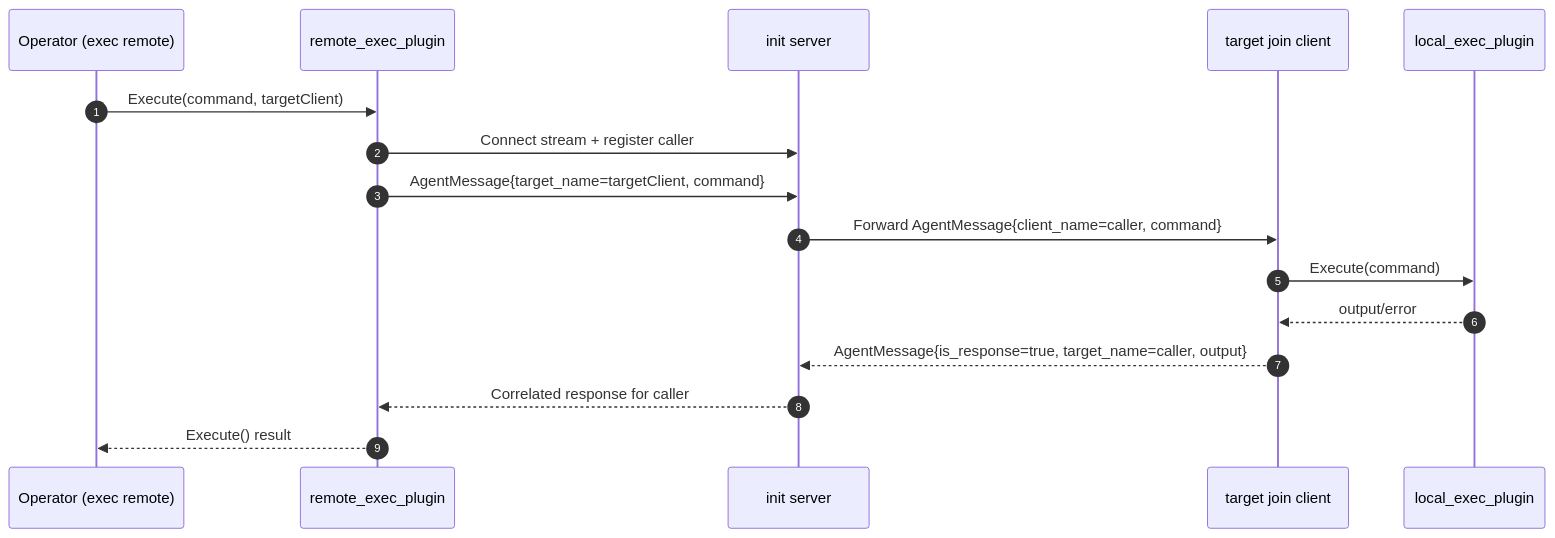
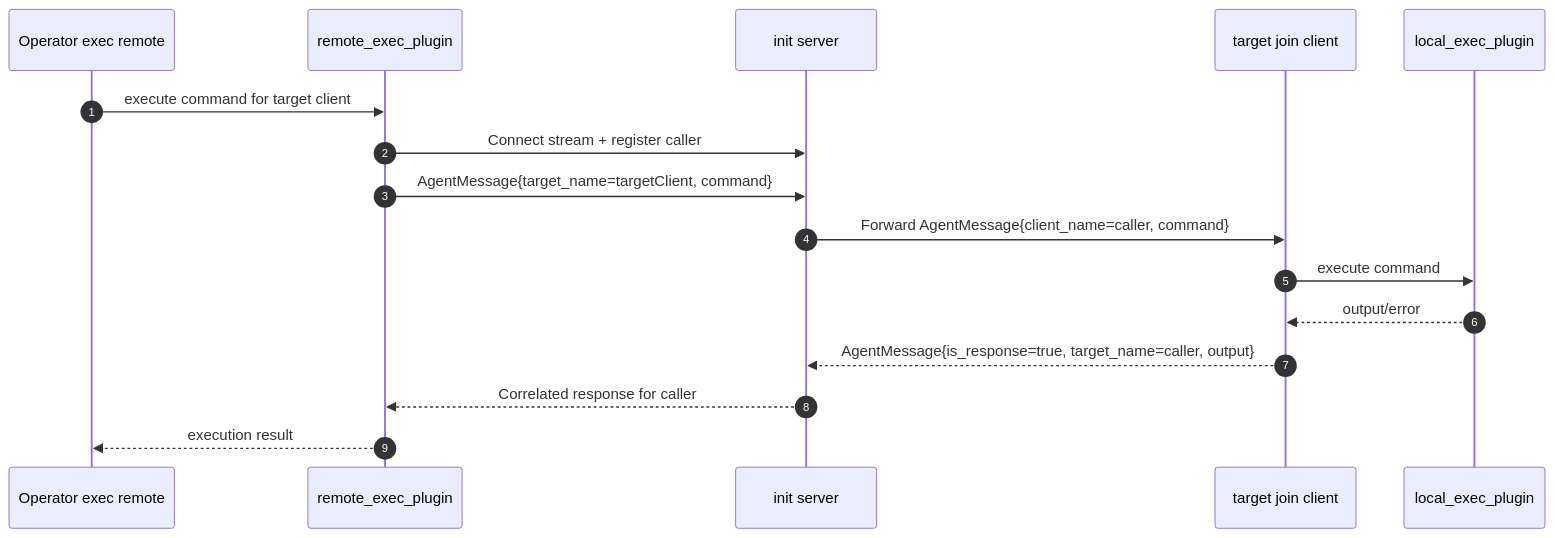
Before and after one commit to tamalsaha/grpc-agent: the second of 2 diagrams in README.md, drawn with Mermaid. The commit also changed other lines of this file, not shown here.

Commit message:
Make Mermaid diagrams GitHub renderer compatible

````diff
--- a/README.md
+++ b/README.md
@@ -72,19 +72,19 @@
 ```mermaid
 sequenceDiagram
      autonumber
-     participant O as Operator (exec remote)
+     participant O as Operator exec remote
      participant RP as remote_exec_plugin
      participant S as init server
      participant C as target join client
      participant LP as local_exec_plugin
 
-     O->>RP: Execute(command, targetClient)
+     O->>RP: execute command for target client
      RP->>S: Connect stream + register caller
      RP->>S: AgentMessage{target_name=targetClient, command}
      S->>C: Forward AgentMessage{client_name=caller, command}
-     C->>LP: Execute(command)
+     C->>LP: execute command
      LP-->>C: output/error
      C-->>S: AgentMessage{is_response=true, target_name=caller, output}
      S-->>RP: Correlated response for caller
-     RP-->>O: Execute() result
+     RP-->>O: execution result
 ```
````
